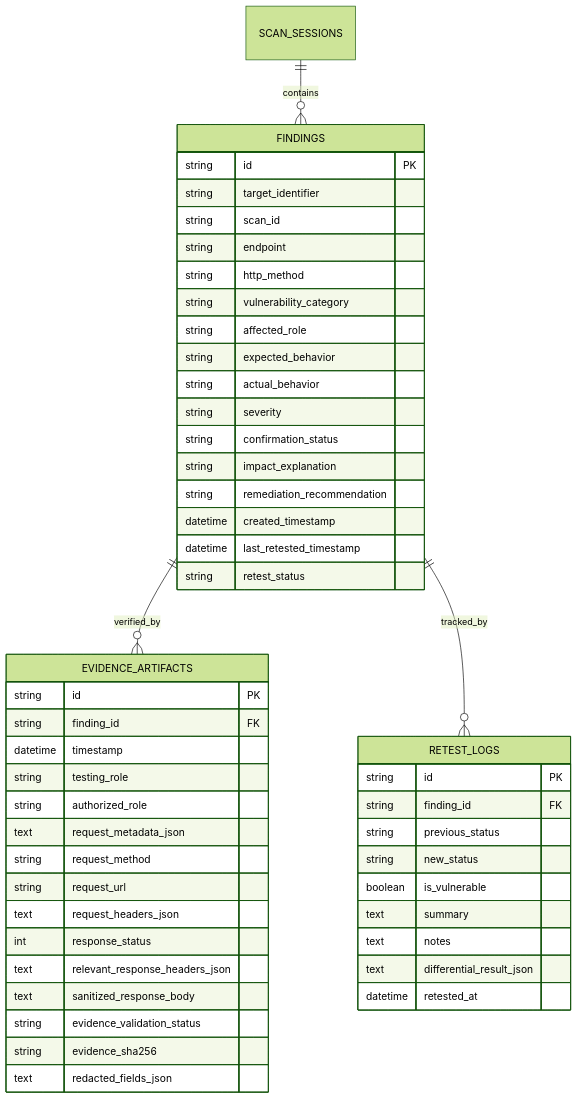
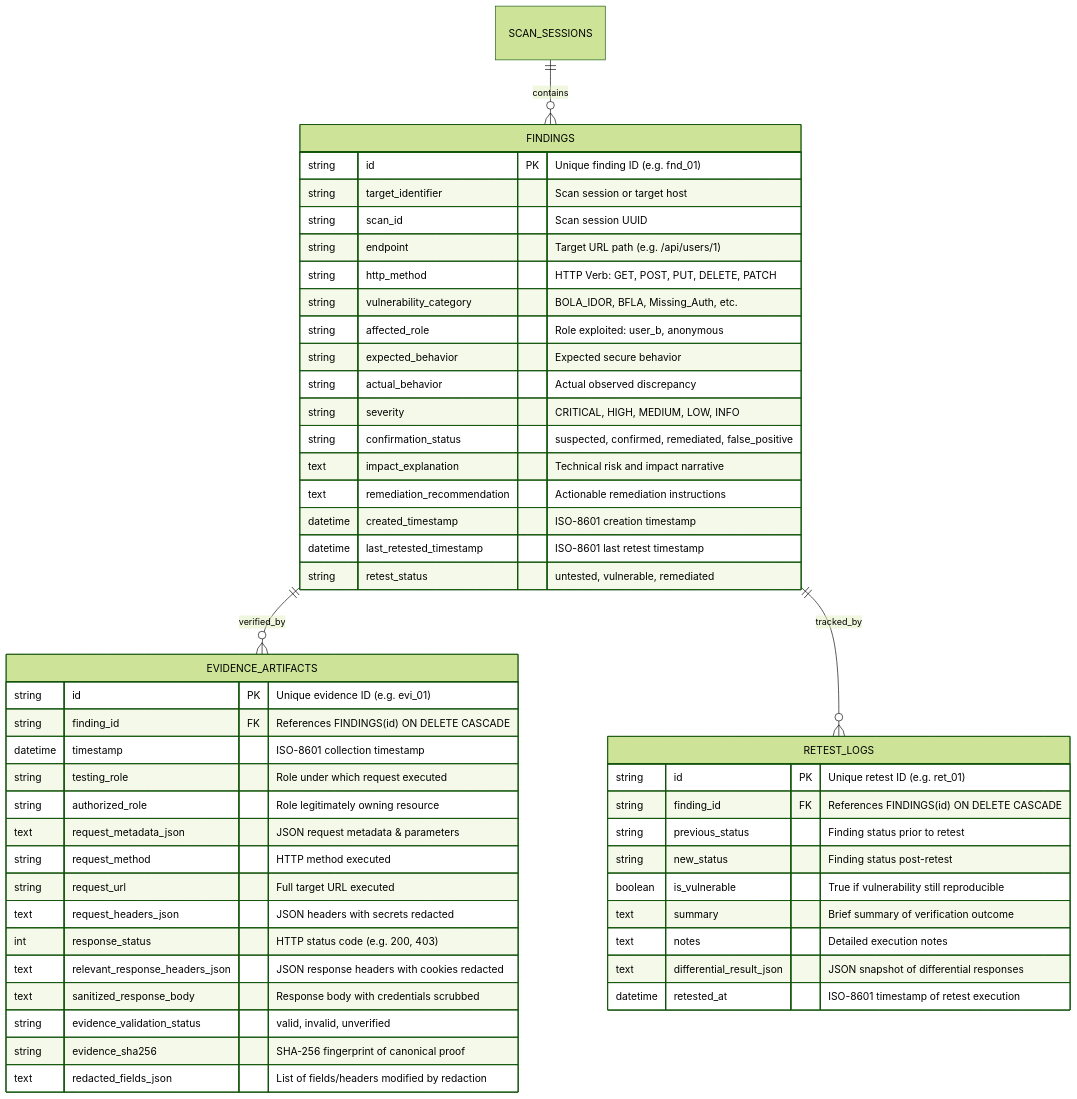
Before and after one commit to dilkhushjha769/authscope: the second of 2 diagrams in docs/STORAGE_INTEGRATION.md, drawn with Mermaid (forest theme). The commit also changed other lines of this file and 4 other files, not shown here.

````diff
--- a/docs/STORAGE_INTEGRATION.md
+++ b/docs/STORAGE_INTEGRATION.md
@@ -19,55 +53,55 @@
 ```mermaid
 erDiagram
     SCAN_SESSIONS ||--o{ FINDINGS : contains
     FINDINGS ||--o{ EVIDENCE_ARTIFACTS : verified_by
     FINDINGS ||--o{ RETEST_LOGS : tracked_by
 
     FINDINGS {
-        string id PK
-        string target_identifier
-        string scan_id
-        string endpoint
-        string http_method
-        string vulnerability_category
-        string affected_role
-        string expected_behavior
-        string actual_behavior
-        string severity
-        string confirmation_status
-        string impact_explanation
-        string remediation_recommendation
-        datetime created_timestamp
-        datetime last_retested_timestamp
-        string retest_status
+        string id PK "Unique finding ID (e.g. fnd_01)"
+        string target_identifier "Scan session or target host"
+        string scan_id "Scan session UUID"
+        string endpoint "Target URL path (e.g. /api/users/1)"
+        string http_method "HTTP Verb: GET, POST, PUT, DELETE, PATCH"
+        string vulnerability_category "BOLA_IDOR, BFLA, Missing_Auth, etc."
+        string affected_role "Role exploited: user_b, anonymous"
+        string expected_behavior "Expected secure behavior"
+        string actual_behavior "Actual observed discrepancy"
+        string severity "CRITICAL, HIGH, MEDIUM, LOW, INFO"
+        string confirmation_status "suspected, confirmed, remediated, false_positive"
+        text impact_explanation "Technical risk and impact narrative"
+        text remediation_recommendation "Actionable remediation instructions"
+        datetime created_timestamp "ISO-8601 creation timestamp"
+        datetime last_retested_timestamp "ISO-8601 last retest timestamp"
+        string retest_status "untested, vulnerable, remediated"
     }
 
     EVIDENCE_ARTIFACTS {
-        string id PK
-        string finding_id FK
-        datetime timestamp
-        string testing_role
-        string authorized_role
-        text request_metadata_json
-        string request_method
-        string request_url
-        text request_headers_json
-        int response_status
-        text relevant_response_headers_json
-        text sanitized_response_body
-        string evidence_validation_status
-        string evidence_sha256
-        text redacted_fields_json
+        string id PK "Unique evidence ID (e.g. evi_01)"
+        string finding_id FK "References FINDINGS(id) ON DELETE CASCADE"
+        datetime timestamp "ISO-8601 collection timestamp"
+        string testing_role "Role under which request executed"
+        string authorized_role "Role legitimately owning resource"
+        text request_metadata_json "JSON request metadata & parameters"
+        string request_method "HTTP method executed"
+        string request_url "Full target URL executed"
+        text request_headers_json "JSON headers with secrets redacted"
+        int response_status "HTTP status code (e.g. 200, 403)"
+        text relevant_response_headers_json "JSON response headers with cookies redacted"
+        text sanitized_response_body "Response body with credentials scrubbed"
+        string evidence_validation_status "valid, invalid, unverified"
+        string evidence_sha256 "SHA-256 fingerprint of canonical proof"
+        text redacted_fields_json "List of fields/headers modified by redaction"
     }
 
     RETEST_LOGS {
-        string id PK
-        string finding_id FK
-        string previous_status
-        string new_status
-        boolean is_vulnerable
-        text summary
-        text notes
-        text differential_result_json
-        datetime retested_at
+        string id PK "Unique retest ID (e.g. ret_01)"
+        string finding_id FK "References FINDINGS(id) ON DELETE CASCADE"
+        string previous_status "Finding status prior to retest"
+        string new_status "Finding status post-retest"
+        boolean is_vulnerable "True if vulnerability still reproducible"
+        text summary "Brief summary of verification outcome"
+        text notes "Detailed execution notes"
+        text differential_result_json "JSON snapshot of differential responses"
+        datetime retested_at "ISO-8601 timestamp of retest execution"
     }
 ```
````
